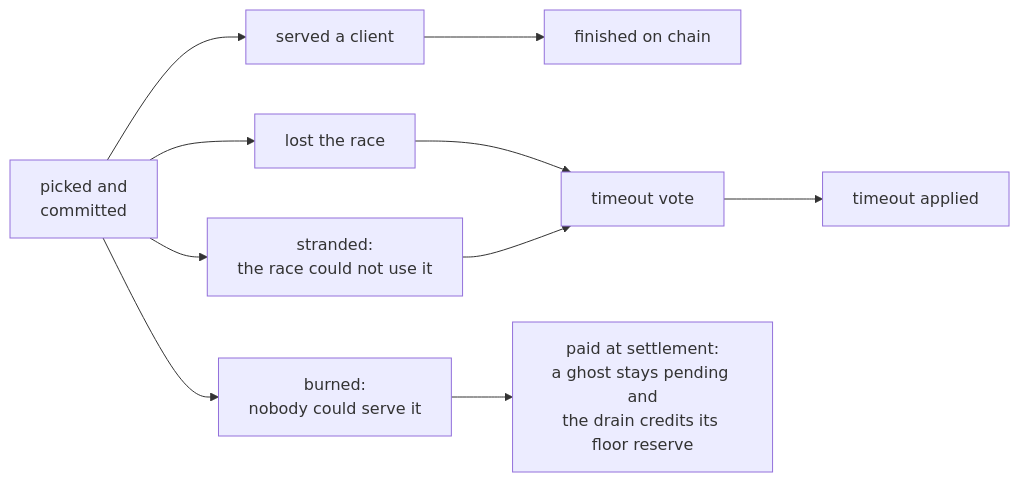
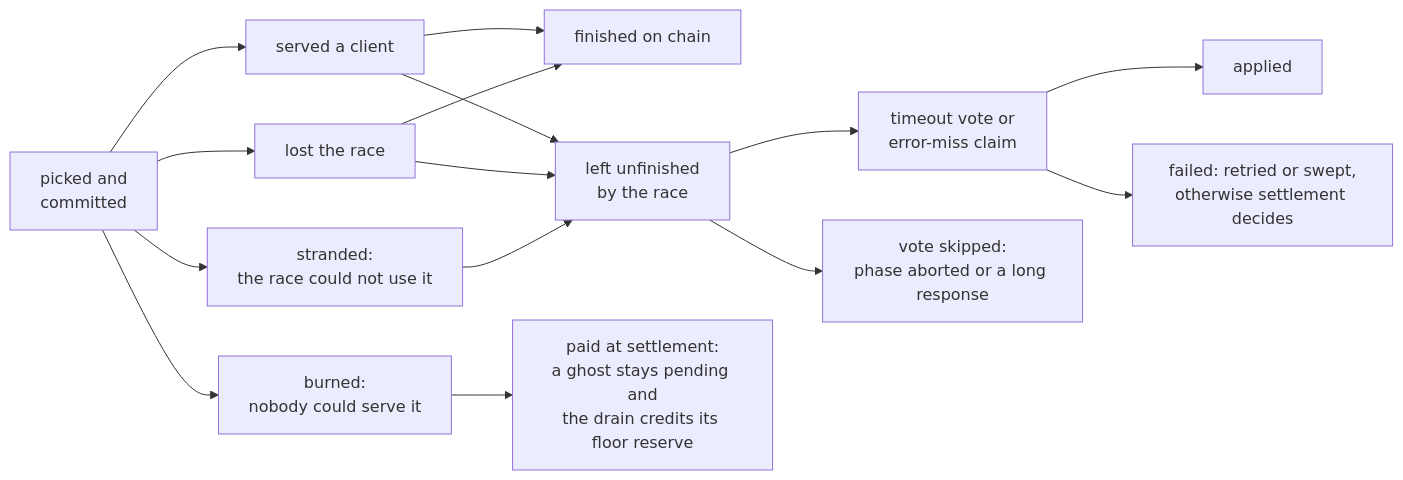
One commit to kaileido/gonka changed the third of 3 diagrams in devshard/cmd/gateway/docs/architecture.md. Above: the diagram before and after it, drawn with Mermaid. The commit also changed other lines of this file and 8 other files, not shown here.

````diff
--- a/devshard/cmd/gateway/docs/architecture.md
+++ b/devshard/cmd/gateway/docs/architecture.md
@@ -113,12 +115,17 @@
 ```mermaid
 graph LR
     P["picked and<br/>committed"] --> SRV["served a client"]
     P --> LOST["lost the race"]
     P --> BURN["burned:<br/>nobody could serve it"]
     P --> STR["stranded:<br/>the race could not use it"]
     SRV --> FIN["finished on chain"]
-    LOST --> VOTE["timeout vote"]
+    LOST --> FIN
+    SRV --> OPEN["left unfinished<br/>by the race"]
+    LOST --> OPEN
+    STR --> OPEN
+    OPEN --> VOTE["timeout vote or<br/>error-miss claim"]
+    OPEN --> SKIP["vote skipped:<br/>phase aborted or a long response"]
+    VOTE --> APP["applied"]
+    VOTE --> FAIL["failed: retried or swept,<br/>otherwise settlement decides"]
     BURN --> REF["paid at settlement:<br/>a ghost stays pending and<br/>the drain credits its floor reserve"]
-    STR --> VOTE
-    VOTE --> APP["timeout applied"]
 ```
````
